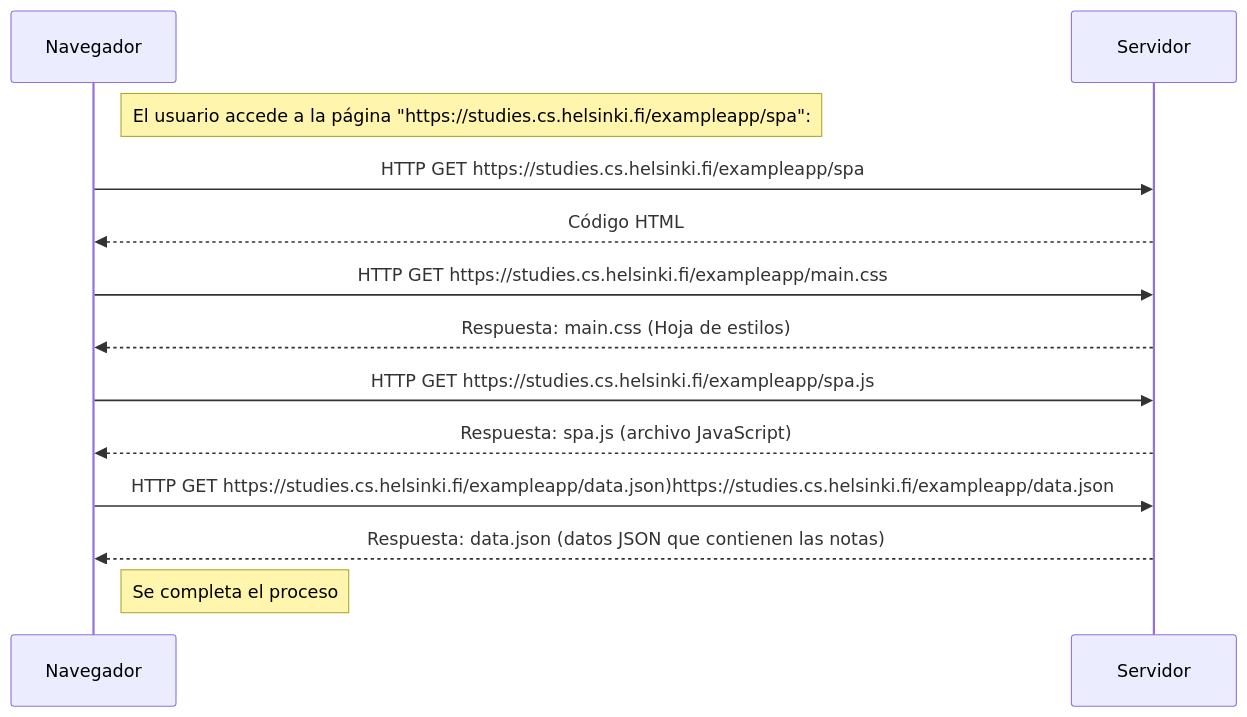
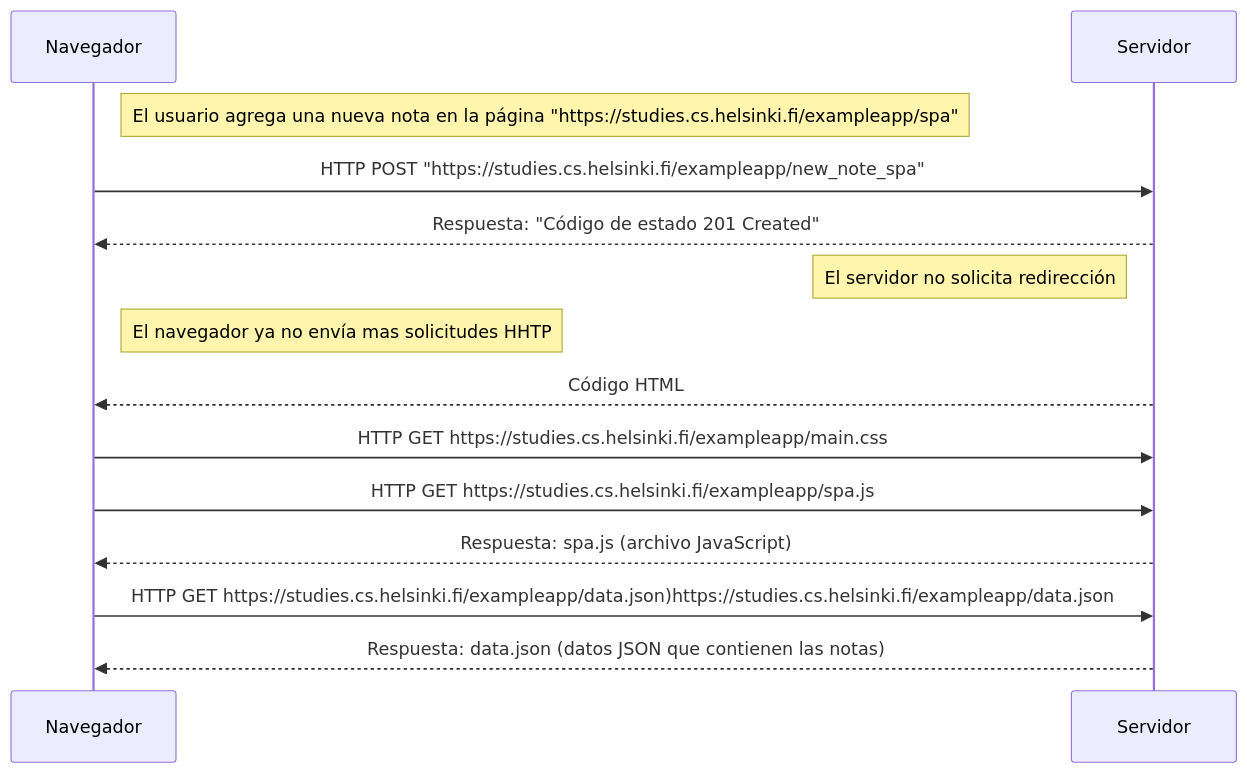
The diagram in Part-0/0.6-Nueva-nota-en-diagrama-de-app-de-una-sola-pagina.md (estebanrcr/FullStackOpen), drawn with Mermaid before and after one commit.

````diff
--- a/Part-0/0.6-Nueva-nota-en-diagrama-de-app-de-una-sola-pagina.md
+++ b/Part-0/0.6-Nueva-nota-en-diagrama-de-app-de-una-sola-pagina.md
@@ -1,18 +1,23 @@
 ```mermaid
 sequenceDiagram
 Participant Navegador
 Participant Servidor
 
-Note right of Navegador: El usuario accede a la página "https://studies.cs.helsinki.fi/exampleapp/spa":
-Navegador ->>  Servidor: HTTP GET https://studies.cs.helsinki.fi/exampleapp/spa
+Note right of Navegador: El usuario agrega una nueva nota en la página "https://studies.cs.helsinki.fi/exampleapp/spa"
+Navegador ->>  Servidor: HTTP POST "https://studies.cs.helsinki.fi/exampleapp/new_note_spa"
+Servidor -->> Navegador: Respuesta: "Código de estado 201 Created"
+Note left of Servidor: El servidor no solicita redirección
+Note right of Navegador: El navegador ya no envía mas solicitudes HHTP
+
+
+
+
 Servidor -->> Navegador: Código HTML
 Navegador ->>  Servidor: HTTP GET https://studies.cs.helsinki.fi/exampleapp/main.css
-Servidor -->> Navegador: Respuesta: main.css (Hoja de estilos)
 Navegador ->>  Servidor:  HTTP GET https://studies.cs.helsinki.fi/exampleapp/spa.js
 Servidor -->> Navegador: Respuesta: spa.js (archivo JavaScript)
 Navegador ->>  Servidor: HTTP GET https://studies.cs.helsinki.fi/exampleapp/data.json)https://studies.cs.helsinki.fi/exampleapp/data.json
 Servidor -->> Navegador: Respuesta: data.json (datos JSON que contienen las notas)
 
-Note right of Navegador: Se completa el proceso
 
 ```
````
